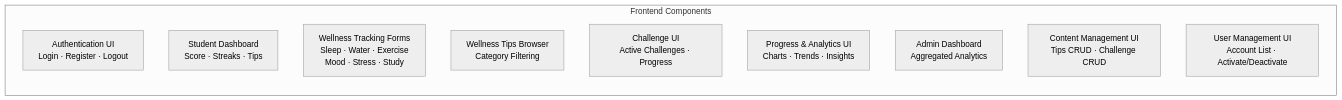
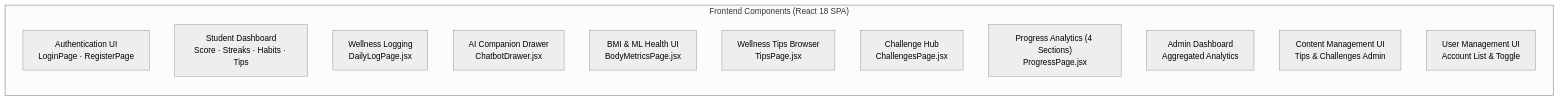
Before and after one commit to goxxie08/Wellvia: the second of 21 diagrams in ARCHITECTURE.md, drawn with Mermaid (neutral theme). The commit also changed other lines of this file and 2 other files, not shown here.

````diff
--- a/ARCHITECTURE.md
+++ b/ARCHITECTURE.md
@@ -226,14 +233,16 @@
 ```mermaid
 flowchart LR
-    subgraph Frontend["Frontend Components"]
-        AuthUI["Authentication UI<br/>Login · Register · Logout"]
-        StudentDash["Student Dashboard<br/>Score · Streaks · Tips"]
-        WellnessForms["Wellness Tracking Forms<br/>Sleep · Water · Exercise<br/>Mood · Stress · Study"]
-        TipsUI["Wellness Tips Browser<br/>Category Filtering"]
-        ChallengeUI["Challenge UI<br/>Active Challenges · Progress"]
-        ProgressUI["Progress & Analytics UI<br/>Charts · Trends · Insights"]
+    subgraph Frontend["Frontend Components (React 18 SPA)"]
+        AuthUI["Authentication UI<br/>LoginPage · RegisterPage"]
+        StudentDash["Student Dashboard<br/>Score · Streaks · Habits · Tips"]
+        WellnessForms["Wellness Logging<br/>DailyLogPage.jsx"]
+        ChatbotUI["AI Companion Drawer<br/>ChatbotDrawer.jsx"]
+        BodyMetricsUI["BMI & ML Health UI<br/>BodyMetricsPage.jsx"]
+        TipsUI["Wellness Tips Browser<br/>TipsPage.jsx"]
+        ChallengeUI["Challenge Hub<br/>ChallengesPage.jsx"]
+        ProgressUI["Progress Analytics (4 Sections)<br/>ProgressPage.jsx"]
         AdminDash["Admin Dashboard<br/>Aggregated Analytics"]
-        ContentMgmt["Content Management UI<br/>Tips CRUD · Challenge CRUD"]
-        UserMgmt["User Management UI<br/>Account List · Activate/Deactivate"]
+        ContentMgmt["Content Management UI<br/>Tips & Challenges Admin"]
+        UserMgmt["User Management UI<br/>Account List & Toggle"]
     end
 ```
````
